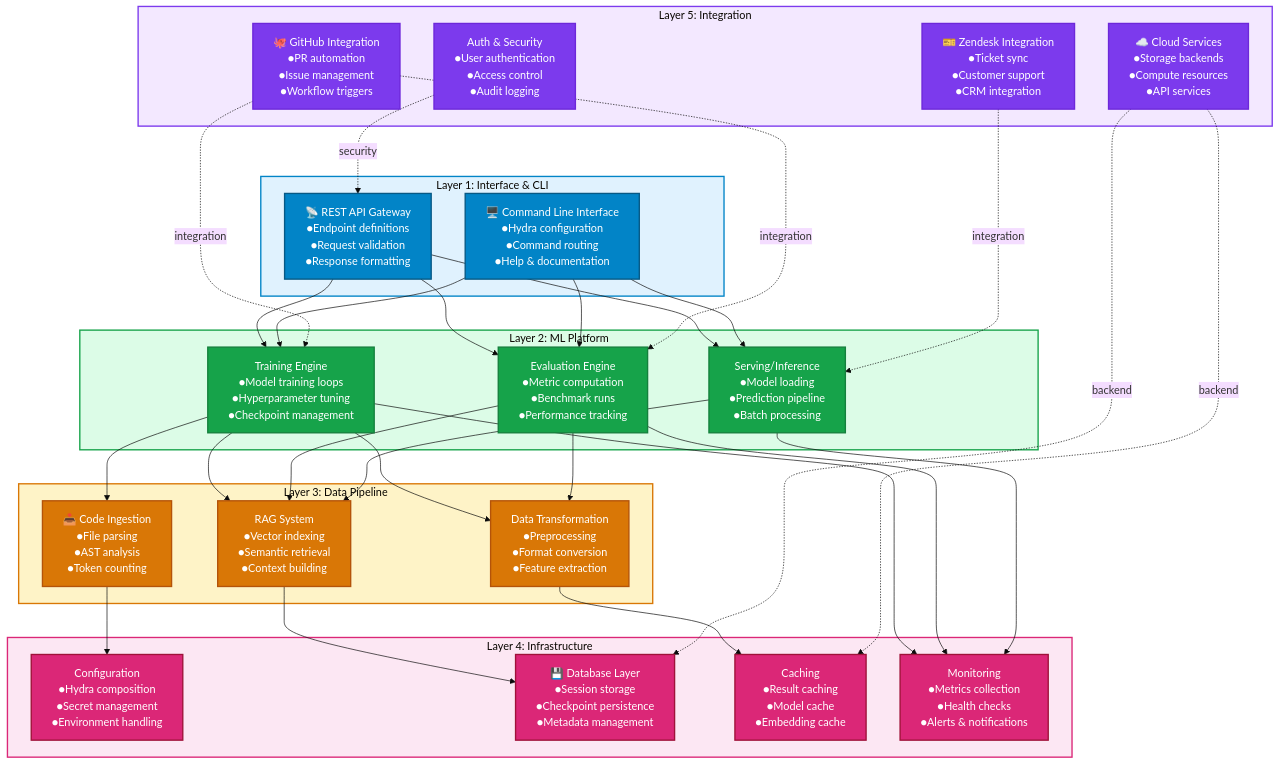
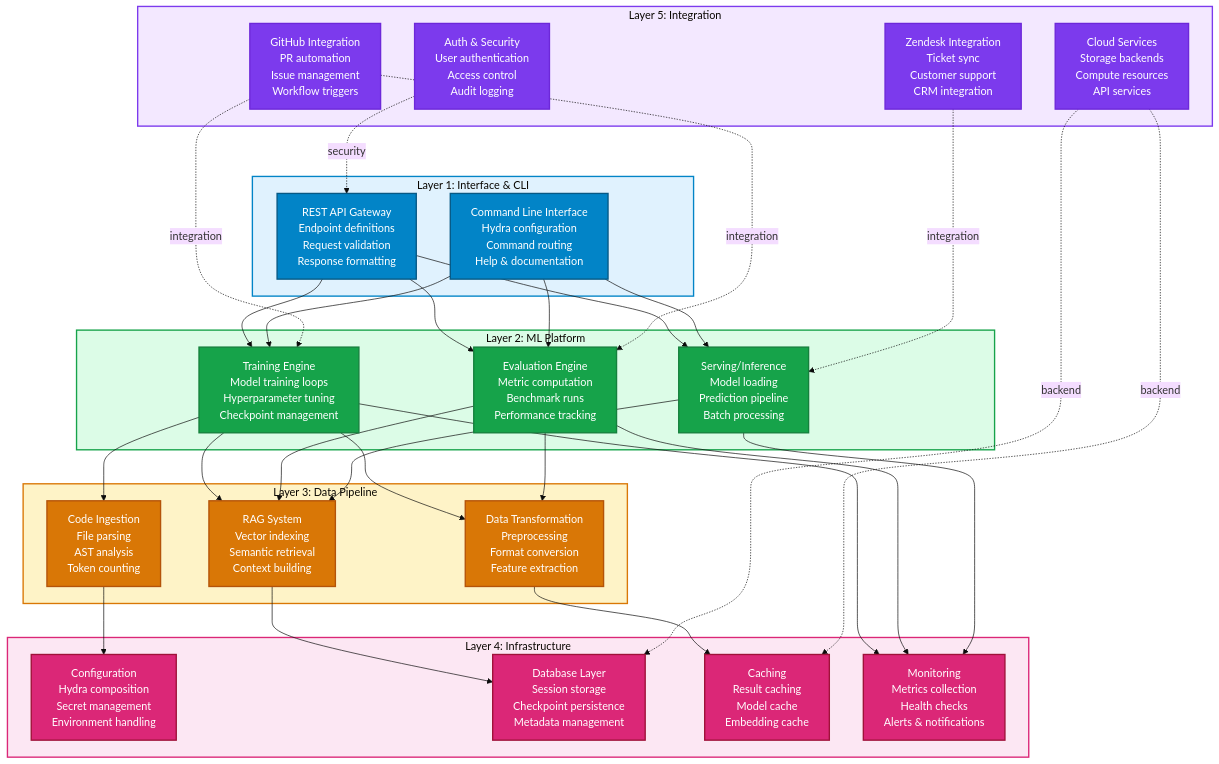
One commit to Aries-Serpent/_codex_ changed the first of 2 diagrams in docs/architecture/5_LAYER_ARCHITECTURE.md. Above: the diagram before and after it, drawn with Mermaid. The commit also changed other lines of this file and 4117 other files, not shown here.

````diff
--- a/docs/architecture/5_LAYER_ARCHITECTURE.md
+++ b/docs/architecture/5_LAYER_ARCHITECTURE.md
@@ -16,88 +16,103 @@
 ```mermaid
 %%{init: {'accessibility': {'title': '5-Layer Architecture<br/>Layer 1: CLI/API<br/>Layer 2: ML Platform<br/>Layer 3: Data Pipeline<br/>Layer 4: Infrastructure<br/>Layer 5: Integration'}, 'theme': 'base', 'primaryColor': '#10b981', 'primaryBorderColor': '#059669', 'textColor': '#000'}}%%
+
 graph TB
-    subgraph L1["Layer 1: Interface & CLI"]
-        CLI["🖥️ Command Line Interface<br/>●Hydra configuration<br/>●Command routing<br/>●Help & documentation"]
-        API["📡 REST API Gateway<br/>●Endpoint definitions<br/>●Request validation<br/>●Response formatting"]
-    end
+ subgraph L1["Layer 1: Interface & CLI"]
+ CLI[" Command Line Interface<br/>Hydra configuration<br/>Command routing<br/>Help & documentation"]
+ API[" REST API Gateway<br/>Endpoint definitions<br/>Request validation<br/>Response formatting"]
+ end
 
-    subgraph L2["Layer 2: ML Platform"]
-        TRAIN[" Training Engine<br/>●Model training loops<br/>●Hyperparameter tuning<br/>●Checkpoint management"]
-        EVAL[" Evaluation Engine<br/>●Metric computation<br/>●Benchmark runs<br/>●Performance tracking"]
-        SERVE[" Serving/Inference<br/>●Model loading<br/>●Prediction pipeline<br/>●Batch processing"]
-    end
+ subgraph L2["Layer 2: ML Platform"]
+ TRAIN[" Training Engine<br/>Model training loops<br/>Hyperparameter tuning<br/>Checkpoint management"]
+ EVAL[" Evaluation Engine<br/>Metric computation<br/>Benchmark runs<br/>Performance tracking"]
+ SERVE[" Serving/Inference<br/>Model loading<br/>Prediction pipeline<br/>Batch processing"]
+ end
 
-    subgraph L3["Layer 3: Data Pipeline"]
-        INGEST["📥 Code Ingestion<br/>●File parsing<br/>●AST analysis<br/>●Token counting"]
-        RAG[" RAG System<br/>●Vector indexing<br/>●Semantic retrieval<br/>●Context building"]
-        TRANSFORM[" Data Transformation<br/>●Preprocessing<br/>●Format conversion<br/>●Feature extraction"]
-    end
+ subgraph L3["Layer 3: Data Pipeline"]
+ INGEST[" Code Ingestion<br/>File parsing<br/>AST analysis<br/>Token counting"]
+ RAG[" RAG System<br/>Vector indexing<br/>Semantic retrieval<br/>Context building"]
+ TRANSFORM[" Data Transformation<br/>Preprocessing<br/>Format conversion<br/>Feature extraction"]
+ end
 
-    subgraph L4["Layer 4: Infrastructure"]
-        CONFIG[" Configuration<br/>●Hydra composition<br/>●Secret management<br/>●Environment handling"]
-        DB["💾 Database Layer<br/>●Session storage<br/>●Checkpoint persistence<br/>●Metadata management"]
-        CACHE[" Caching<br/>●Result caching<br/>●Model cache<br/>●Embedding cache"]
-        MONITOR[" Monitoring<br/>●Metrics collection<br/>●Health checks<br/>●Alerts & notifications"]
-    end
+ subgraph L4["Layer 4: Infrastructure"]
+ CONFIG[" Configuration<br/>Hydra composition<br/>Secret management<br/>Environment handling"]
+ DB[" Database Layer<br/>Session storage<br/>Checkpoint persistence<br/>Metadata management"]
+ CACHE[" Caching<br/>Result caching<br/>Model cache<br/>Embedding cache"]
+ MONITOR[" Monitoring<br/>Metrics collection<br/>Health checks<br/>Alerts & notifications"]
+ end
 
-    subgraph L5["Layer 5: Integration"]
-        GH["🐙 GitHub Integration<br/>●PR automation<br/>●Issue management<br/>●Workflow triggers"]
-        ZENDESK["🎫 Zendesk Integration<br/>●Ticket sync<br/>●Customer support<br/>●CRM integration"]
-        CLOUD["☁️ Cloud Services<br/>●Storage backends<br/>●Compute resources<br/>●API services"]
-        AUTH[" Auth & Security<br/>●User authentication<br/>●Access control<br/>●Audit logging"]
-    end
+ subgraph L5["Layer 5: Integration"]
+ GH[" GitHub Integration<br/>PR automation<br/>Issue management<br/>Workflow triggers"]
+ ZENDESK[" Zendesk Integration<br/>Ticket sync<br/>Customer support<br/>CRM integration"]
+ CLOUD[" Cloud Services<br/>Storage backends<br/>Compute resources<br/>API services"]
+ AUTH[" Auth & Security<br/>User authentication<br/>Access control<br/>Audit logging"]
+ end
 
-    %% Dependencies flow upward
-    API --> TRAIN
-    API --> EVAL
-    API --> SERVE
-    CLI --> TRAIN
-    CLI --> EVAL
-    CLI --> SERVE
+ %% Dependencies flow upward
+ API --> TRAIN
 
-    TRAIN --> INGEST
-    TRAIN --> RAG
-    TRAIN --> TRANSFORM
-    EVAL --> RAG
-    EVAL --> TRANSFORM
-    SERVE --> RAG
+ API --> EVAL
 
-    INGEST --> CONFIG
-    RAG --> DB
-    TRANSFORM --> CACHE
+ API --> SERVE
 
-    TRAIN --> MONITOR
-    EVAL --> MONITOR
-    SERVE --> MONITOR
+ CLI --> TRAIN
 
-    GH -.integration.-> TRAIN
-    GH -.integration.-> EVAL
-    ZENDESK -.integration.-> SERVE
-    CLOUD -.backend.-> DB
-    CLOUD -.backend.-> CACHE
-    AUTH -.security.-> API
+ CLI --> EVAL
 
-    %% Styling
-    style L1 fill:#e0f2fe,stroke:#0284c7,stroke-width:2px
-    style L2 fill:#dcfce7,stroke:#16a34a,stroke-width:2px
-    style L3 fill:#fef3c7,stroke:#d97706,stroke-width:2px
-    style L4 fill:#fce7f3,stroke:#db2777,stroke-width:2px
-    style L5 fill:#f3e8ff,stroke:#7c3aed,stroke-width:2px
+ CLI --> SERVE
 
-    style CLI fill:#0284c7,stroke:#075985,stroke-width:2px,color:#fff
-    style API fill:#0284c7,stroke:#075985,stroke-width:2px,color:#fff
-    style TRAIN fill:#16a34a,stroke:#15803d,stroke-width:2px,color:#fff
-    style EVAL fill:#16a34a,stroke:#15803d,stroke-width:2px,color:#fff
-    style SERVE fill:#16a34a,stroke:#15803d,stroke-width:2px,color:#fff
-    style INGEST fill:#d97706,stroke:#b45309,stroke-width:2px,color:#fff
-    style RAG fill:#d97706,stroke:#b45309,stroke-width:2px,color:#fff
-    style TRANSFORM fill:#d97706,stroke:#b45309,stroke-width:2px,color:#fff
-    style CONFIG fill:#db2777,stroke:#9f1239,stroke-width:2px,color:#fff
-    style DB fill:#db2777,stroke:#9f1239,stroke-width:2px,color:#fff
-    style CACHE fill:#db2777,stroke:#9f1239,stroke-width:2px,color:#fff
-    style MONITOR fill:#db2777,stroke:#9f1239,stroke-width:2px,color:#fff
-    style GH fill:#7c3aed,stroke:#6d28d9,stroke-width:2px,color:#fff
-    style ZENDESK fill:#7c3aed,stroke:#6d28d9,stroke-width:2px,color:#fff
-    style CLOUD fill:#7c3aed,stroke:#6d28d9,stroke-width:2px,color:#fff
-    style AUTH fill:#7c3aed,stroke:#6d28d9,stroke-width:2px,color:#fff
+ TRAIN --> INGEST
+
+ TRAIN --> RAG
+
+ TRAIN --> TRANSFORM
+
+ EVAL --> RAG
+
+ EVAL --> TRANSFORM
+
+ SERVE --> RAG
+
+ INGEST --> CONFIG
+
+ RAG --> DB
+
+ TRANSFORM --> CACHE
+
+ TRAIN --> MONITOR
+
+ EVAL --> MONITOR
+
+ SERVE --> MONITOR
+
+ GH -.integration.-> TRAIN
+ GH -.integration.-> EVAL
+ ZENDESK -.integration.-> SERVE
+ CLOUD -.backend.-> DB
+ CLOUD -.backend.-> CACHE
+ AUTH -.security.-> API
+
+ %% Styling
+ style L1 fill:#e0f2fe,stroke:#0284c7,stroke-width:2px
+ style L2 fill:#dcfce7,stroke:#16a34a,stroke-width:2px
+ style L3 fill:#fef3c7,stroke:#d97706,stroke-width:2px
+ style L4 fill:#fce7f3,stroke:#db2777,stroke-width:2px
+ style L5 fill:#f3e8ff,stroke:#7c3aed,stroke-width:2px
+
+ style CLI fill:#0284c7,stroke:#075985,stroke-width:2px,color:#fff
+ style API fill:#0284c7,stroke:#075985,stroke-width:2px,color:#fff
+ style TRAIN fill:#16a34a,stroke:#15803d,stroke-width:2px,color:#fff
+ style EVAL fill:#16a34a,stroke:#15803d,stroke-width:2px,color:#fff
+ style SERVE fill:#16a34a,stroke:#15803d,stroke-width:2px,color:#fff
+ style INGEST fill:#d97706,stroke:#b45309,stroke-width:2px,color:#fff
+ style RAG fill:#d97706,stroke:#b45309,stroke-width:2px,color:#fff
+ style TRANSFORM fill:#d97706,stroke:#b45309,stroke-width:2px,color:#fff
+ style CONFIG fill:#db2777,stroke:#9f1239,stroke-width:2px,color:#fff
+ style DB fill:#db2777,stroke:#9f1239,stroke-width:2px,color:#fff
+ style CACHE fill:#db2777,stroke:#9f1239,stroke-width:2px,color:#fff
+ style MONITOR fill:#db2777,stroke:#9f1239,stroke-width:2px,color:#fff
+ style GH fill:#7c3aed,stroke:#6d28d9,stroke-width:2px,color:#fff
+ style ZENDESK fill:#7c3aed,stroke:#6d28d9,stroke-width:2px,color:#fff
+ style CLOUD fill:#7c3aed,stroke:#6d28d9,stroke-width:2px,color:#fff
+ style AUTH fill:#7c3aed,stroke:#6d28d9,stroke-width:2px,color:#fff
 ```
````
